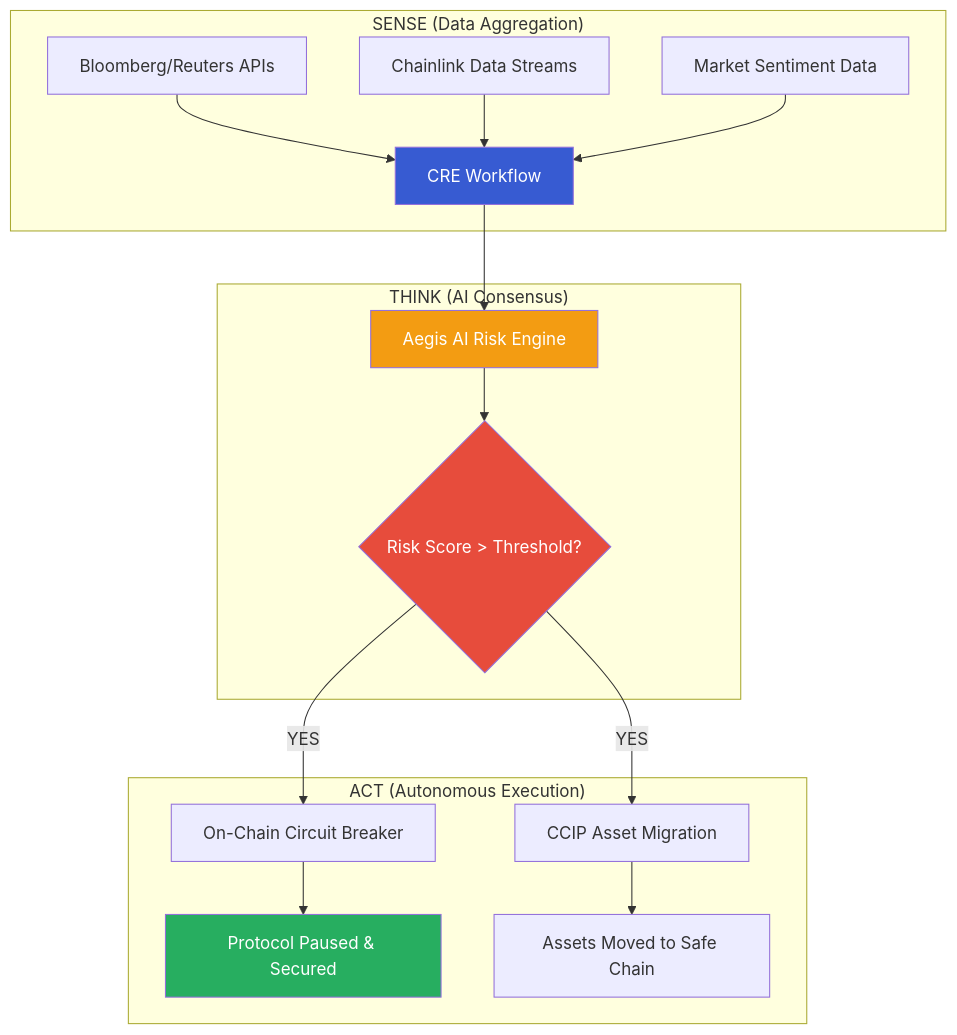
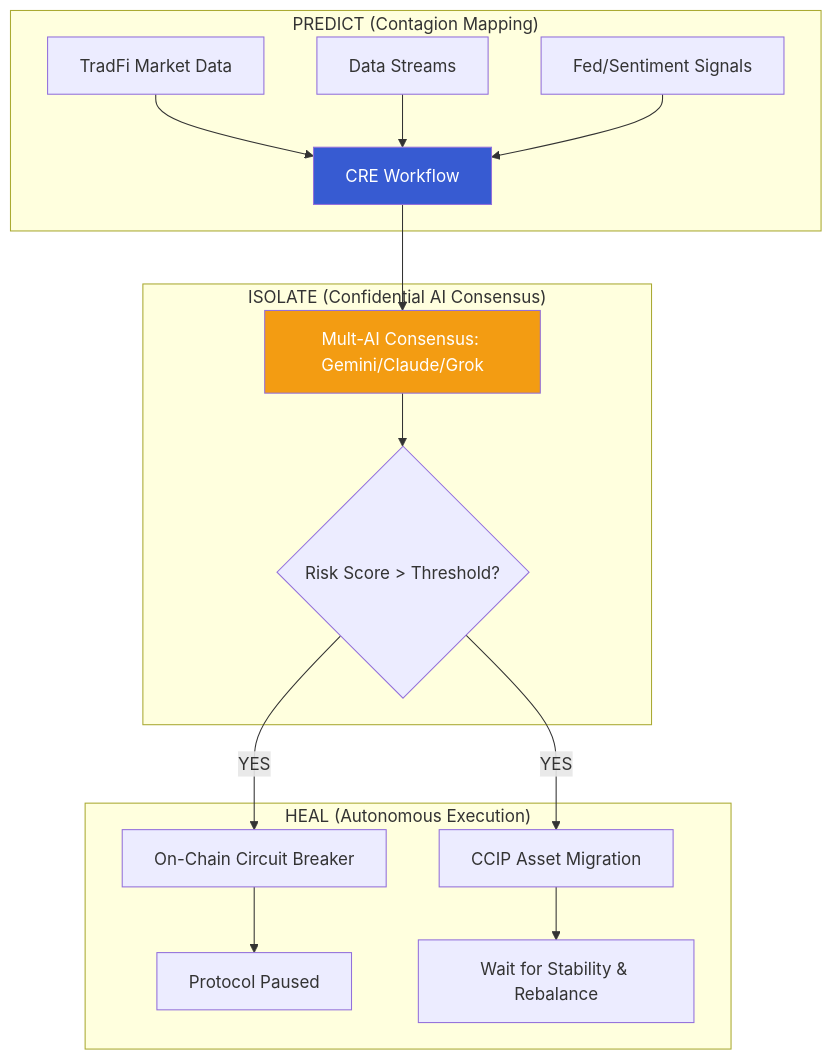
One commit to Aaditya1273/SYNAPSE changed the diagram in README.md. Above: the diagram before and after it, drawn with Mermaid. The commit also changed other lines of this file and 2 other files, not shown here.

Commit message:
AetherSentinel: Implement Predict-Isolate-Heal loop and professional branding

````diff
--- a/README.md
+++ b/README.md
@@ -14,25 +13,23 @@
 ```mermaid
 graph TD
-    subgraph "SENSE (Data Aggregation)"
-        API1[Bloomberg/Reuters APIs] --> CRE[CRE Workflow]
-        STREAM[Chainlink Data Streams] --> CRE
-        NEWS[Market Sentiment Data] --> CRE
+    subgraph "PREDICT (Contagion Mapping)"
+        API1[TradFi Market Data] --> CRE[CRE Workflow]
+        STREAM[Data Streams] --> CRE
+        NEWS[Fed/Sentiment Signals] --> CRE
     end
 
-    subgraph "THINK (AI Consensus)"
-        CRE --> AI[Aegis AI Risk Engine]
+    subgraph "ISOLATE (Confidential AI Consensus)"
+        CRE --> AI[Mult-AI Consensus: Gemini/Claude/Grok]
         AI --> SCORE{Risk Score > Threshold?}
     end
 
-    subgraph "ACT (Autonomous Execution)"
+    subgraph "HEAL (Autonomous Execution)"
         SCORE -- YES --> CB[On-Chain Circuit Breaker]
         SCORE -- YES --> CCIP[CCIP Asset Migration]
-        CB --> SECURE[Protocol Paused & Secured]
-        CCIP --> REBALANCE[Assets Moved to Safe Chain]
+        CB --> SECURE[Protocol Paused]
+        CCIP --> HEAL[Wait for Stability & Rebalance]
     end
 
     style CRE fill:#375bd2,color:#fff
     style AI fill:#f39c12,color:#fff
-    style SCORE fill:#e74c3c,color:#fff
-    style SECURE fill:#27ae60,color:#fff
 ```
````
